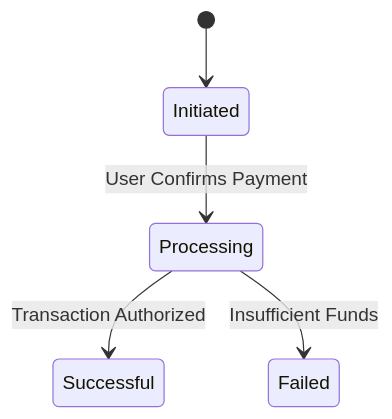
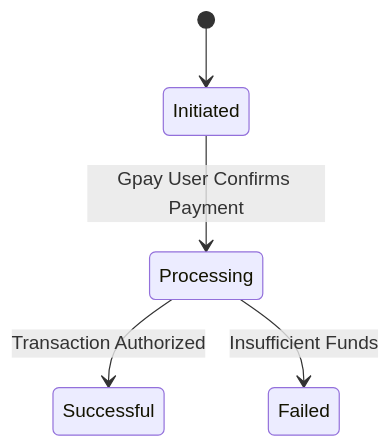
The fourth of 5 diagrams in Assignment/SRS.md (IIITLucknowSWEngg/CSAICSBTeam017), drawn with Mermaid before and after one commit. The commit also changed other lines of this file and 7 other files, not shown here.

Commit message:
user to gpay user

````diff
--- a/Assignment/SRS.md
+++ b/Assignment/SRS.md
@@ -110,7 +110,7 @@
 ```mermaid
 stateDiagram-v2
     [*] --> Initiated
-    Initiated --> Processing: User Confirms Payment
+    Initiated --> Processing: Gpay User Confirms Payment
     Processing --> Successful: Transaction Authorized
     Processing --> Failed: Insufficient Funds
 ```
````
